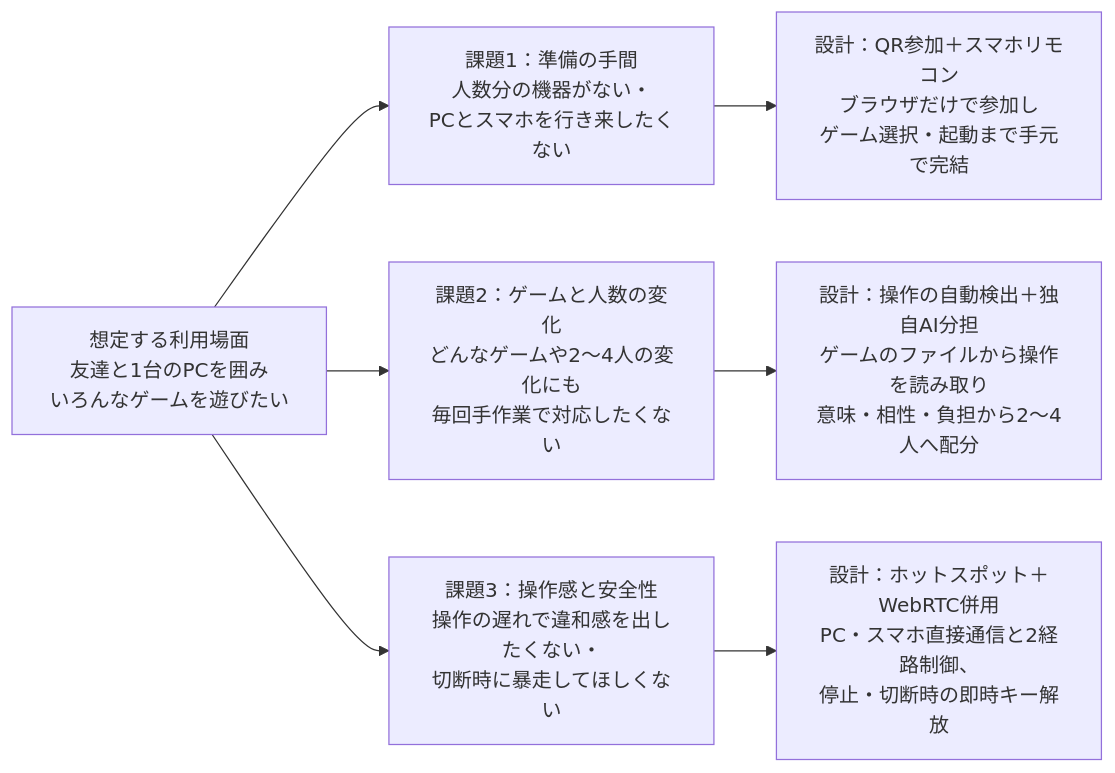
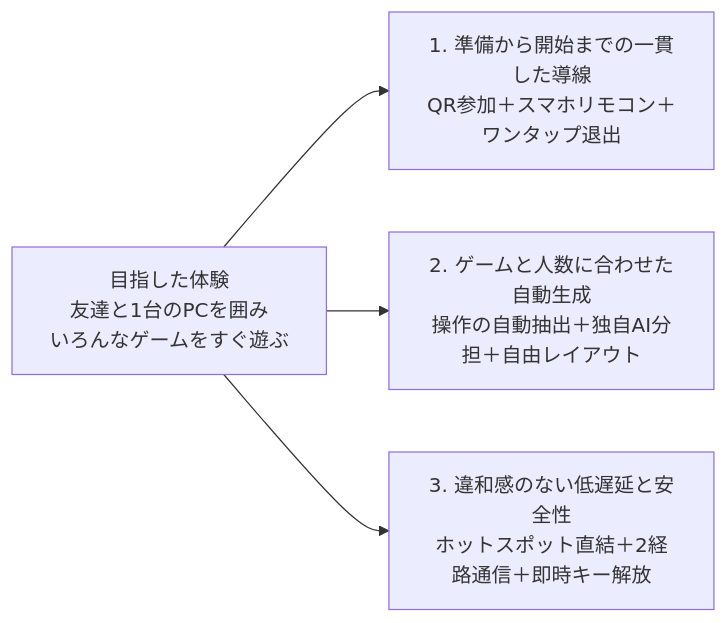
The second of 3 diagrams in README.md (jphacks/kz_2613), drawn with Mermaid before and after one commit. The commit also changed other lines of this file, not shown here.

````diff
--- a/README.md
+++ b/README.md
@@ -166,9 +183,6 @@
 ```mermaid
 flowchart LR
-    Scene[想定する利用場面<br/>友達と1台のPCを囲み<br/>いろんなゲームを遊びたい] --> C1[課題1：準備の手間<br/>人数分の機器がない・<br/>PCとスマホを行き来したくない]
-    Scene --> C2[課題2：ゲームと人数の変化<br/>どんなゲームや2〜4人の変化にも<br/>毎回手作業で対応したくない]
-    Scene --> C3[課題3：操作感と安全性<br/>操作の遅れで違和感を出したくない・<br/>切断時に暴走してほしくない]
-    C1 --> D1[設計：QR参加＋スマホリモコン<br/>ブラウザだけで参加し<br/>ゲーム選択・起動まで手元で完結]
-    C2 --> D2[設計：操作の自動検出＋独自AI分担<br/>ゲームのファイルから操作を読み取り<br/>意味・相性・負担から2〜4人へ配分]
-    C3 --> D3[設計：ホットスポット＋WebRTC併用<br/>PC・スマホ直接通信と2経路制御、<br/>停止・切断時の即時キー解放]
+    Goal[目指した体験<br/>友達と1台のPCを囲み<br/>いろんなゲームをすぐ遊ぶ] --> P1[1. 準備から開始までの一貫した導線<br/>QR参加＋スマホリモコン＋ワンタップ退出]
+    Goal --> P2[2. ゲームと人数に合わせた自動生成<br/>操作の自動抽出＋独自AI分担＋自由レイアウト]
+    Goal --> P3[3. 違和感のない低遅延と安全性<br/>ホットスポット直結＋2経路通信＋即時キー解放]
 ```
````
